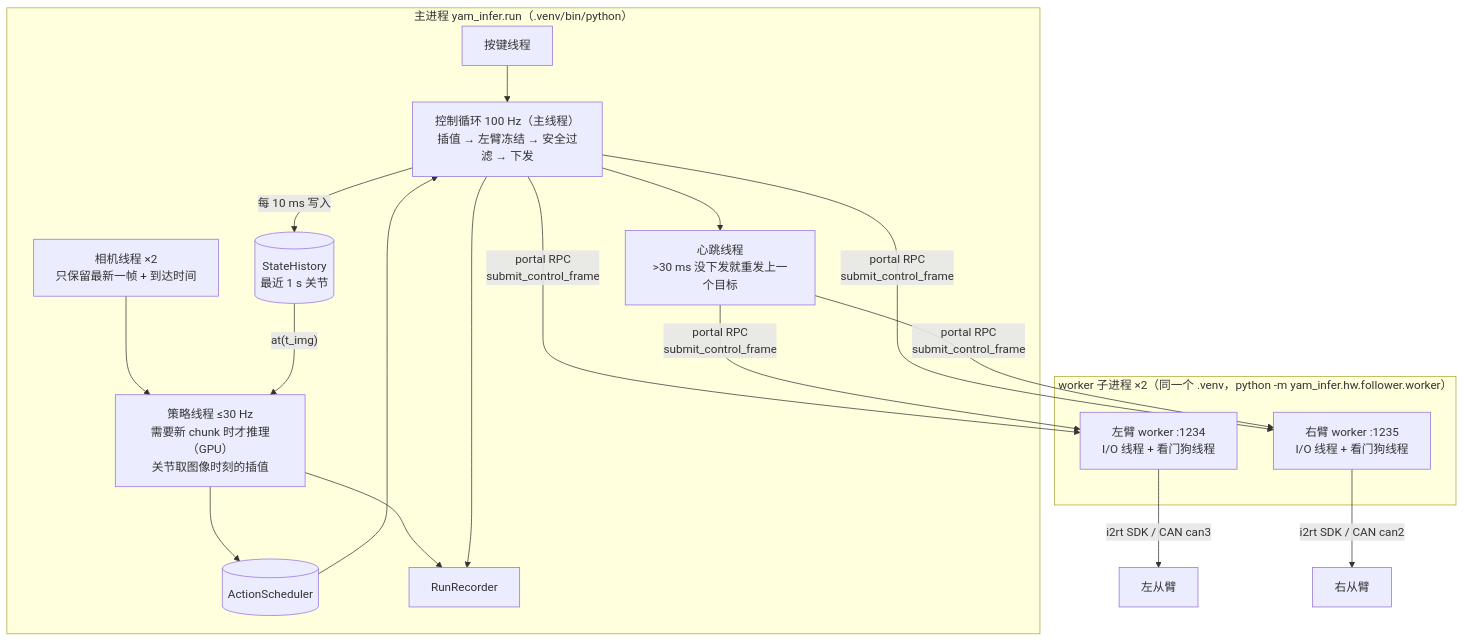
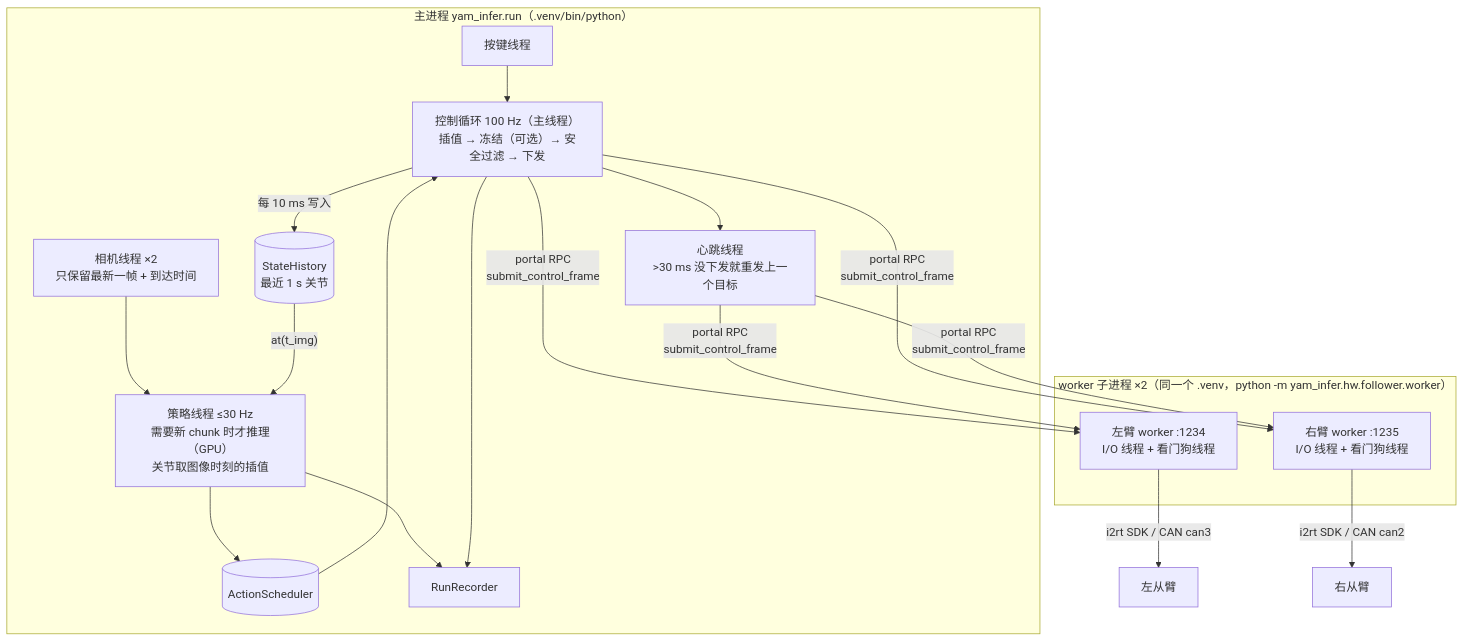
The first of 7 diagrams in docs/02_architecture.md (FuFutheBest/yam_infer), drawn with Mermaid before and after one commit. The commit also changed other lines of this file and 7 other files, not shown here.

````diff
--- a/docs/02_architecture.md
+++ b/docs/02_architecture.md
@@ -68,25 +68,25 @@
 ```mermaid
 flowchart TB
     subgraph MAIN["主进程 yam_infer.run（.venv/bin/python）"]
         KEY["按键线程"]
         CAM["相机线程 ×2<br/>只保留最新一帧 + 到达时间"]
         HIST[("StateHistory<br/>最近 1 s 关节")]
         POL["策略线程 ≤30 Hz<br/>需要新 chunk 时才推理（GPU）<br/>关节取图像时刻的插值"]
         SCH[("ActionScheduler")]
-        CTRL["控制循环 100 Hz（主线程）<br/>插值 → 左臂冻结 → 安全过滤 → 下发"]
+        CTRL["控制循环 100 Hz（主线程）<br/>插值 → 冻结（可选）→ 安全过滤 → 下发"]
         HB["心跳线程<br/>>30 ms 没下发就重发上一个目标"]
         REC["RunRecorder"]
         CAM --> POL --> SCH --> CTRL
         CTRL -->|"每 10 ms 写入"| HIST -->|"at(t_img)"| POL
         KEY --> CTRL
         POL & CTRL --> REC
         CTRL --> HB
     end
     subgraph WK["worker 子进程 ×2（同一个 .venv，python -m yam_infer.hw.follower.worker）"]
         WL["左臂 worker :1234<br/>I/O 线程 + 看门狗线程"]
         WR["右臂 worker :1235<br/>I/O 线程 + 看门狗线程"]
     end
     CTRL & HB -->|"portal RPC<br/>submit_control_frame"| WL & WR
     WL -->|"i2rt SDK / CAN can3"| AL["左从臂"]
     WR -->|"i2rt SDK / CAN can2"| AR["右从臂"]
 ```
````
